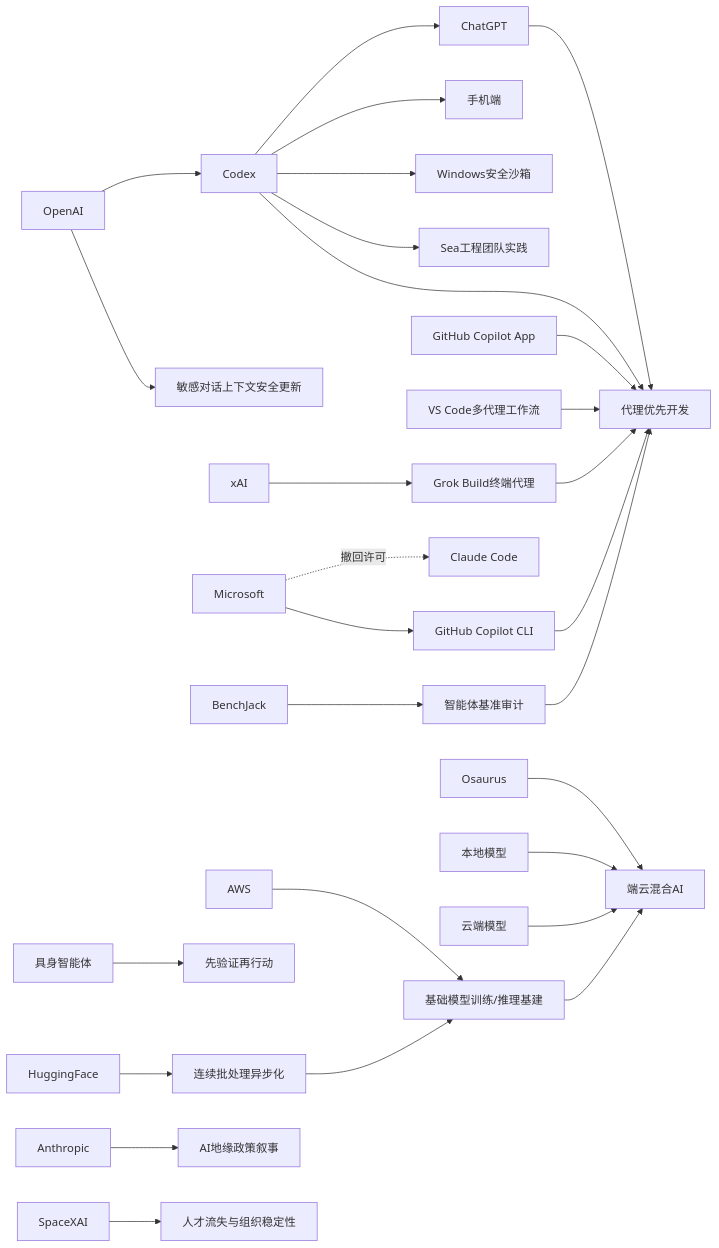
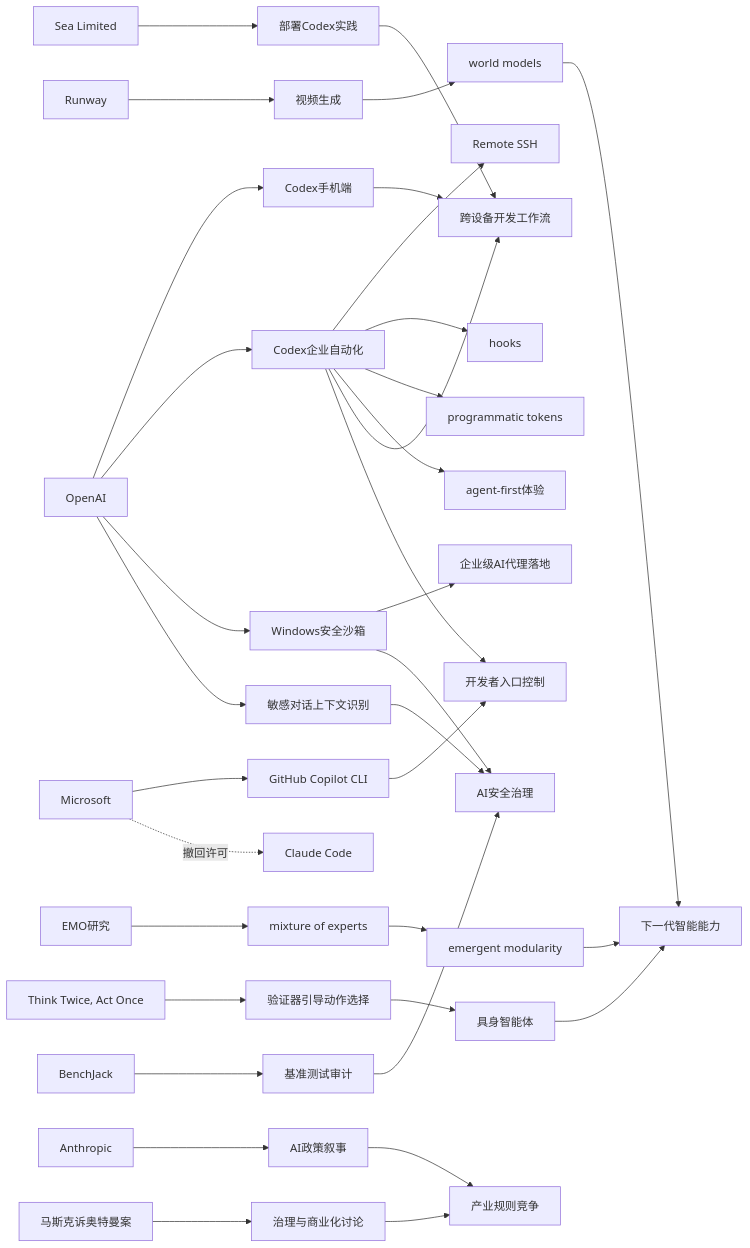
Before and after one commit to zhuxinfei/ai-daily-site: the diagram in content/cn/2026/2026-05/2026-05-15.md, drawn with Mermaid. The commit also changed other lines of this file, not shown here.

````diff
--- a/content/cn/2026/2026-05/2026-05-15.md
+++ b/content/cn/2026/2026-05/2026-05-15.md
@@ -110,37 +140,43 @@
 ```mermaid
 graph LR
-    OpenAI --> Codex
-    Codex --> ChatGPT
-    Codex --> Mobile[手机端]
-    Codex --> WindowsSandbox[Windows安全沙箱]
-    Codex --> Sea[Sea工程团队实践]
+    OpenAI --> CodexMobile[Codex手机端]
+    OpenAI --> CodexEnterprise[Codex企业自动化]
+    OpenAI --> WinSandbox[Windows安全沙箱]
+    OpenAI --> SafeContext[敏感对话上下文识别]
 
-    OpenAI --> SafetyUpdate[敏感对话上下文安全更新]
+    CodexEnterprise --> RemoteSSH[Remote SSH]
+    CodexEnterprise --> Hooks[hooks]
+    CodexEnterprise --> Tokens[programmatic tokens]
+    CodexEnterprise --> AgentFirst[agent-first体验]
 
-    ChatGPT --> AgentFirst[代理优先开发]
-    Codex --> AgentFirst
-    GitHubCopilot[GitHub Copilot App] --> AgentFirst
-    VSCode[VS Code多代理工作流] --> AgentFirst
-    xAI --> GrokBuild[Grok Build终端代理]
-    GrokBuild --> AgentFirst
+    Sea[Sea Limited] --> CodexAdoption[部署Codex实践]
+    CodexMobile --> DevWorkflow[跨设备开发工作流]
+    CodexEnterprise --> DevWorkflow
+    CodexAdoption --> DevWorkflow
 
-    Microsoft --> GitHubCopilotCLI[GitHub Copilot CLI]
+    Microsoft --> CopilotCLI[GitHub Copilot CLI]
     Microsoft -.撤回许可.-> ClaudeCode[Claude Code]
-    GitHubCopilotCLI --> AgentFirst
+    CopilotCLI --> DevEntry[开发者入口控制]
+    CodexEnterprise --> DevEntry
+    WinSandbox --> EnterpriseAI[企业级AI代理落地]
 
-    Osaurus --> HybridAI[端云混合AI]
-    LocalModel[本地模型] --> HybridAI
-    CloudModel[云端模型] --> HybridAI
+    Runway --> VideoGen[视频生成]
+    VideoGen --> WorldModels[world models]
+    EMO[EMO研究] --> MoE[mixture of experts]
+    MoE --> Modularity[emergent modularity]
+    ThinkTwice[Think Twice, Act Once] --> Verifier[验证器引导动作选择]
+    Verifier --> EmbodiedAgents[具身智能体]
+    WorldModels --> NextGenAI[下一代智能能力]
+    Modularity --> NextGenAI
+    EmbodiedAgents --> NextGenAI
 
-    HuggingFace --> ContinuousBatching[连续批处理异步化]
-    AWS --> Infra[基础模型训练/推理基建]
-    ContinuousBatching --> Infra
-    Infra --> HybridAI
+    SafeContext --> AISafety[AI安全治理]
+    WinSandbox --> AISafety
+    BenchJack --> BenchmarkAudit[基准测试审计]
+    BenchmarkAudit --> AISafety
 
-    EmbodiedAI[具身智能体] --> VerifyFirst[先验证再行动]
-    BenchJack --> AgentEval[智能体基准审计]
-    AgentEval --> AgentFirst
-
-    Anthropic --> Policy[AI地缘政策叙事]
-    SpaceXAI --> Talent[人才流失与组织稳定性]
+    Anthropic --> PolicyNarrative[AI政策叙事]
+    MuskVsAltman[马斯克诉奥特曼案] --> Governance[治理与商业化讨论]
+    PolicyNarrative --> IndustryPower[产业规则竞争]
+    Governance --> IndustryPower
 ```
````
